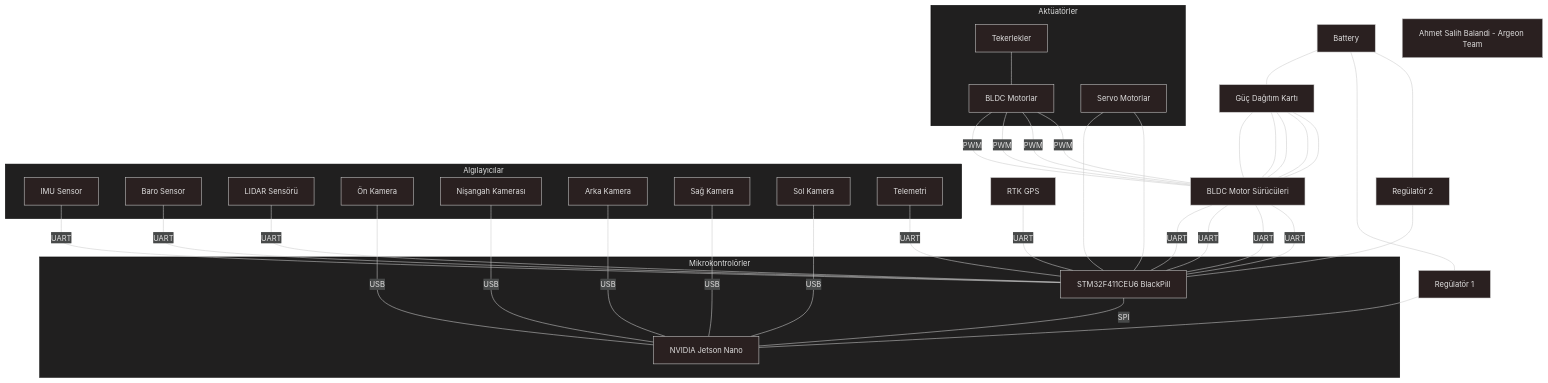
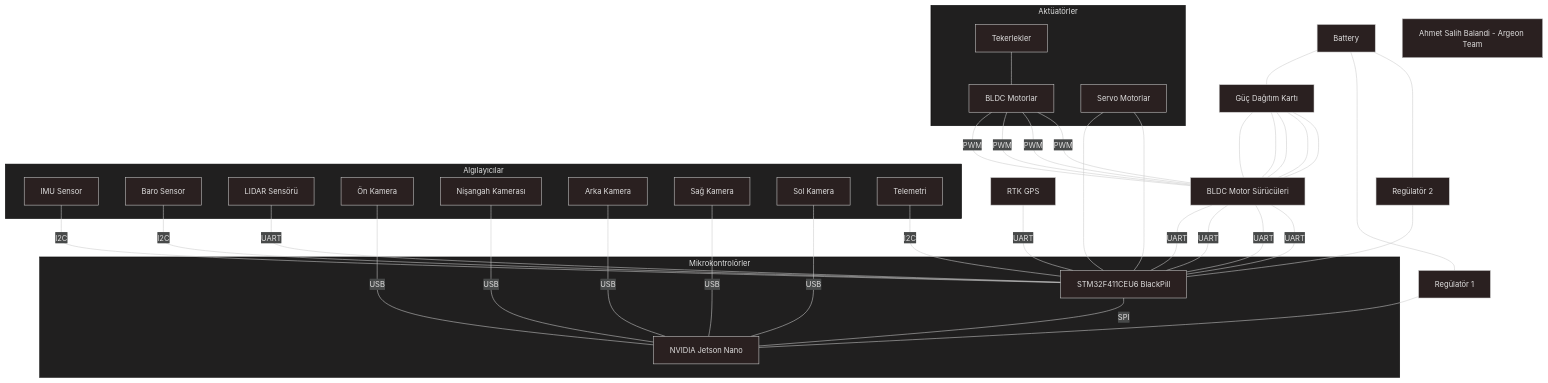
Before and after one commit to ahmetsalihbalandi/autopilot: the diagram in autopilot_diagram.md, drawn with Mermaid.

````diff
--- a/autopilot_diagram.md
+++ b/autopilot_diagram.md
@@ -1,44 +1,44 @@
 ```mermaid
 ---
 config:
   theme: neo-dark
 ---
 flowchart TD
  subgraph s1["Mikrokontrolörler"]
         Jetson_Nano["NVIDIA Jetson Nano"]
         STM["STM32F411CEU6 BlackPill"]
   end
  subgraph s2["Algılayıcılar"]
         IMU["IMU Sensor"]
         Baro["Baro Sensor"]
         LIDAR["LIDAR Sensörü"]
         Camera1["Ön Kamera"]
 	Camera2["Nişangah Kamerası"]
 	Camera3["Arka Kamera"]
 	Camera4["Sağ Kamera"]
         Camera5["Sol Kamera"]
         Telemetry["Telemetri"]
   end
  subgraph s3["Aktüatörler"]
         Motors["BLDC Motorlar"]
         sMotors["Servo Motorlar"]
 	teker["Tekerlekler"]
   end
     teker --- Motors -- PWM --- Drivers["BLDC Motor Sürücüleri"] & Drivers & Drivers & Drivers
     Battery --- Distributor["Güç Dağıtım Kartı"]
     Distributor & Distributor & Distributor & Distributor & Distributor --- Drivers
     Drivers -- UART --- STM & STM & STM & STM
     LIDAR -- UART --- STM
-    IMU -- UART --- STM
-    Baro -- UART --- STM
-    Telemetry -- UART --- STM
+    IMU -- I2C --- STM
+    Baro -- I2C --- STM
+    Telemetry -- I2C --- STM
     GPS["RTK GPS"] -- UART --- STM
     Camera1 & Camera2 & Camera3 & Camera4 & Camera5 -- USB --- Jetson_Nano
     STM -- SPI --- Jetson_Nano
     Battery["Battery"] --- Regulator1["Regülatör 1"] & Regulator2["Regülatör 2"]
     Regulator1 --- Jetson_Nano
     Regulator2 --- STM
     sMotors --- STM & STM
 classDef footer fill:none,stroke:none,color:#000, font-style:italic;
 footer["Ahmet Salih Balandi - Argeon Team"]
 ```
````
